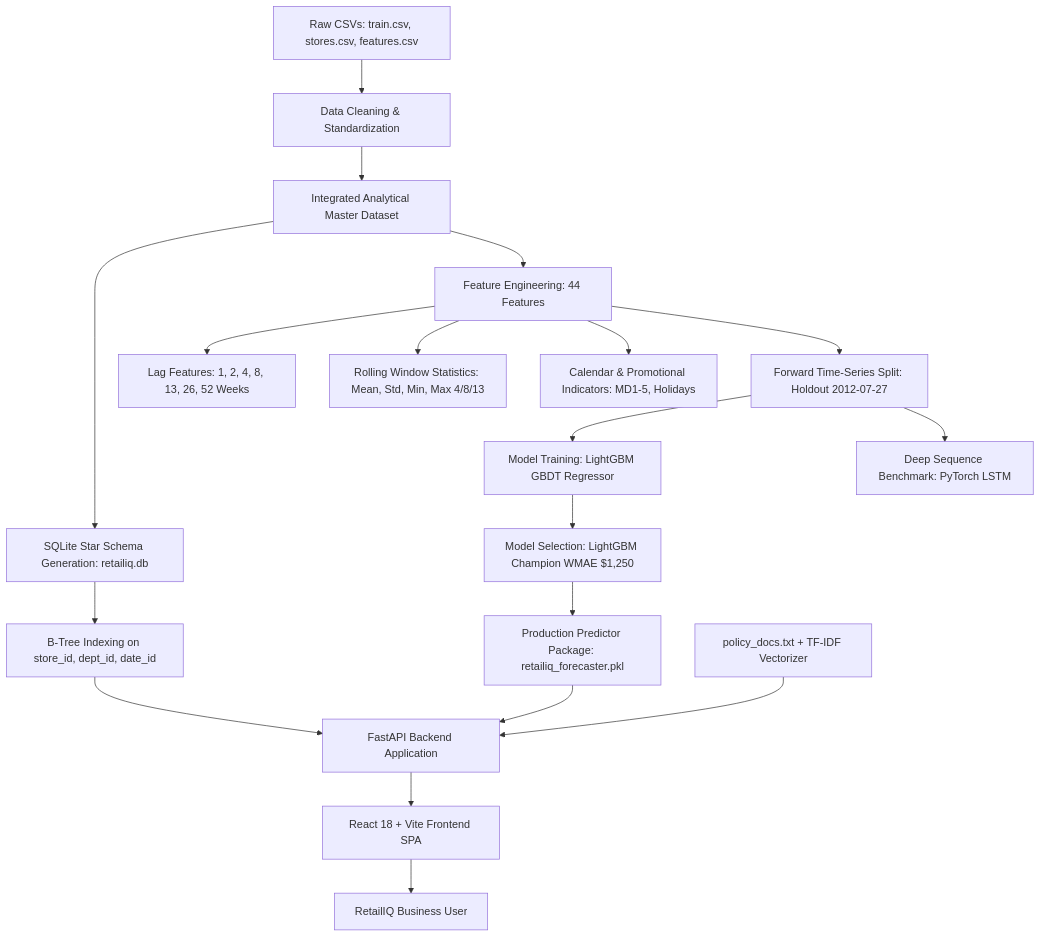
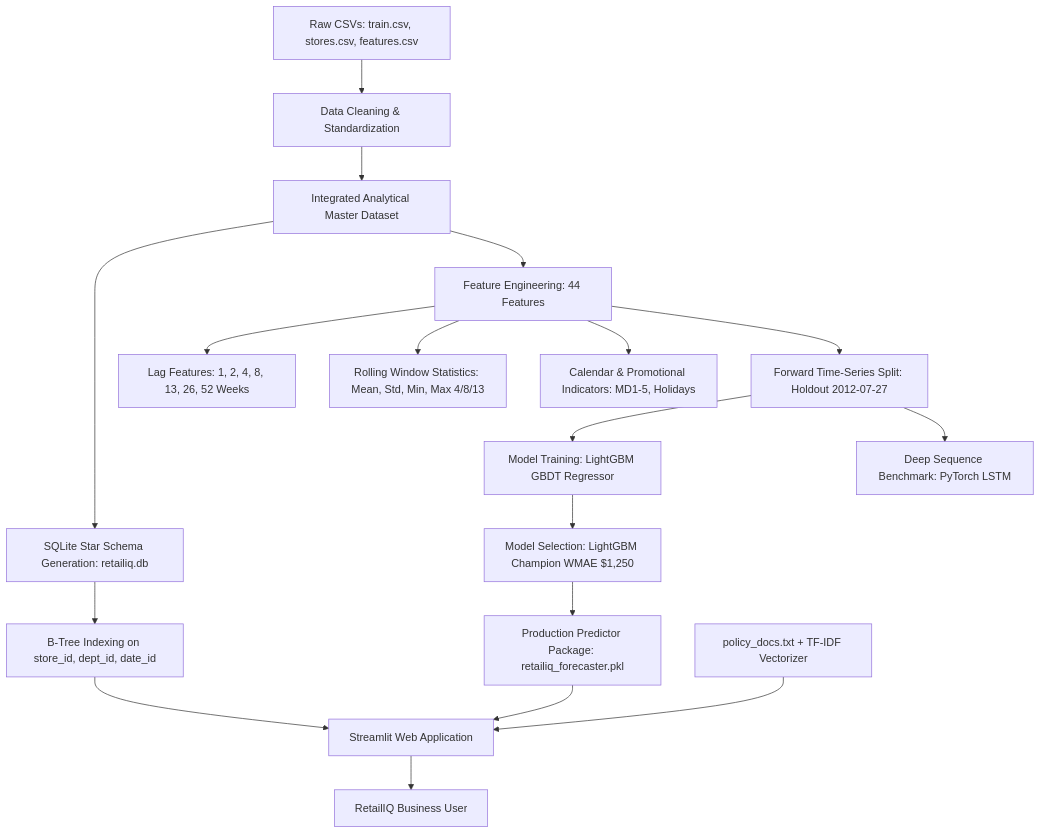
The diagram in docs/architecture/workflow.md (Chetankumarrohi/Retailiq), drawn with Mermaid before and after one commit. The commit also changed 62 other files, not shown here.

First line of the commit message:
Final cleanup: Remove FastAPI/React, unify to Streamlit-only architecture

````diff
--- a/docs/architecture/workflow.md
+++ b/docs/architecture/workflow.md
@@ -3,27 +3,26 @@
 ```mermaid
 graph TD
     A[Raw CSVs: train.csv, stores.csv, features.csv] --> B[Data Cleaning & Standardization]
     B --> C[Integrated Analytical Master Dataset]
     
     C --> D1[SQLite Star Schema Generation: retailiq.db]
     D1 --> D2[B-Tree Indexing on store_id, dept_id, date_id]
     
     C --> E1[Feature Engineering: 44 Features]
     E1 --> E2[Lag Features: 1, 2, 4, 8, 13, 26, 52 Weeks]
     E1 --> E3[Rolling Window Statistics: Mean, Std, Min, Max 4/8/13]
     E1 --> E4[Calendar & Promotional Indicators: MD1-5, Holidays]
     
     E1 --> F1[Forward Time-Series Split: Holdout 2012-07-27]
     F1 --> G1[Model Training: LightGBM GBDT Regressor]
     F1 --> G2[Deep Sequence Benchmark: PyTorch LSTM]
     
     G1 --> H[Model Selection: LightGBM Champion WMAE $1,250]
     H --> I[Production Predictor Package: retailiq_forecaster.pkl]
     
-    D2 --> J[FastAPI Backend Application]
+    D2 --> J[Streamlit Web Application]
     I --> J
     K[policy_docs.txt + TF-IDF Vectorizer] --> J
     
-    J --> L[React 18 + Vite Frontend SPA]
-    L --> M[RetailIQ Business User]
+    J --> M[RetailIQ Business User]
 ```
````
